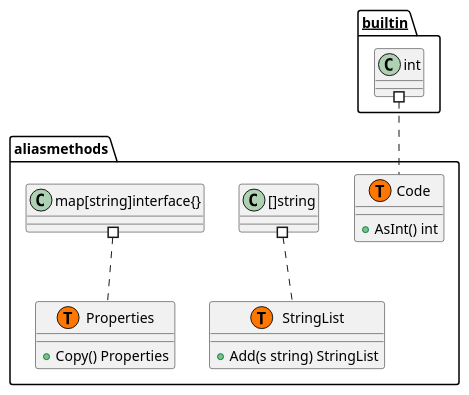
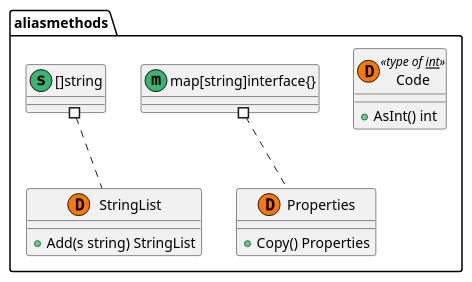
One commit to keisuke-m123/godiagramgen changed the diagram in testingsupport/aliasmethods.puml. Above: the diagram before and after it, drawn with PlantUML. The commit also changed 62 other files, not shown here.

Commit message:
refactor:gocodeに処理を移動 / feat: package図の生成機能を追加 (#8)

```diff
--- a/testingsupport/aliasmethods.puml
+++ b/testingsupport/aliasmethods.puml
@@ -1,27 +1,23 @@
 @startuml
 namespace aliasmethods {
-    class Code << (S,Aquamarine) >> {
+    class "Code"  << (D,  ff7700ff) type of __int__ >> {
         + AsInt() int
-
     }
-    class Properties << (S,Aquamarine) >> {
+    class "Properties"  << (D,  ff7700ff)  >> {
         + Copy() Properties
-
     }
-    class StringList << (S,Aquamarine) >> {
+    class "StringList"  << (D,  ff7700ff)  >> {
         + Add(s string) StringList
-
-    }
-    class aliasmethods.Code << (T, #FF7700) >>  {
-    }
-    class aliasmethods.Properties << (T, #FF7700) >>  {
-    }
-    class aliasmethods.StringList << (T, #FF7700) >>  {
     }
 }
-
-
-"__builtin__.int" #.. "aliasmethods.Code"
-"aliasmethods.[]string" #.. "aliasmethods.StringList"
-"aliasmethods.map[string]interface{}" #.. "aliasmethods.Properties"
+namespace aliasmethods {
+    class "map[string]interface{}" as mapstringinterface << (m,  3cb371ff)  >> {
+    }
+}
+"aliasmethods.mapstringinterface" #.. "aliasmethods.Properties"
+namespace aliasmethods {
+    class "[]string" as string << (s,  3cb371ff)  >> {
+    }
+}
+"aliasmethods.string" #.. "aliasmethods.StringList"
 @enduml
```
